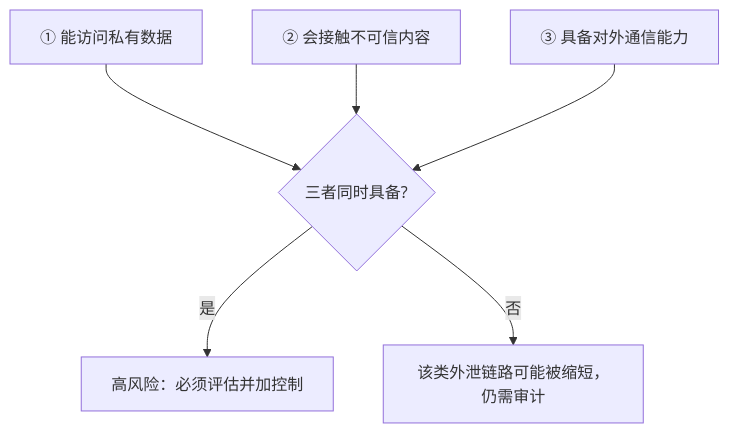
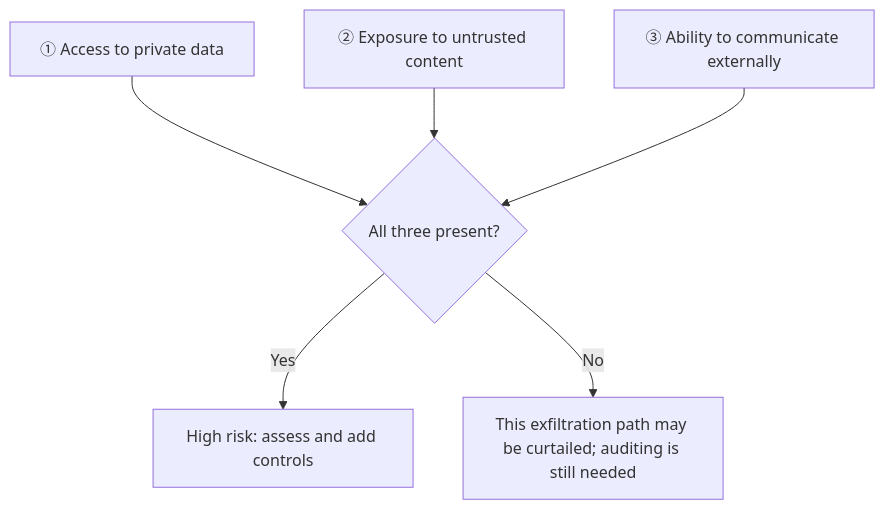
One commit to oneleaveknowsthefall/awesome-ai-roadmap changed the fourth of 6 diagrams in docs/agent/05-production/15-agent-security.md. Above: the diagram before and after it, drawn with Mermaid. The commit also changed other lines of this file and 68 other files, not shown here.

````diff
--- a/docs/agent/05-production/15-agent-security.md
+++ b/docs/agent/05-production/15-agent-security.md
@@ -108,8 +108,8 @@
 ```mermaid
 flowchart TB
-    T1[① 能访问私有数据] --> RISK{三者同时具备?}
-    T2[② 会接触不可信内容] --> RISK
-    T3[③ 具备对外通信能力] --> RISK
-    RISK -->|是| BREACH[高风险：必须评估并加控制]
-    RISK -->|否| SAFE[该类外泄链路可能被缩短，仍需审计]
+    T1[① Access to private data] --> RISK{All three present?}
+    T2[② Exposure to untrusted content] --> RISK
+    T3[③ Ability to communicate externally] --> RISK
+    RISK -->|Yes| BREACH[High risk: assess and add controls]
+    RISK -->|No| SAFE[This exfiltration path may be curtailed; auditing is still needed]
 ```
````
